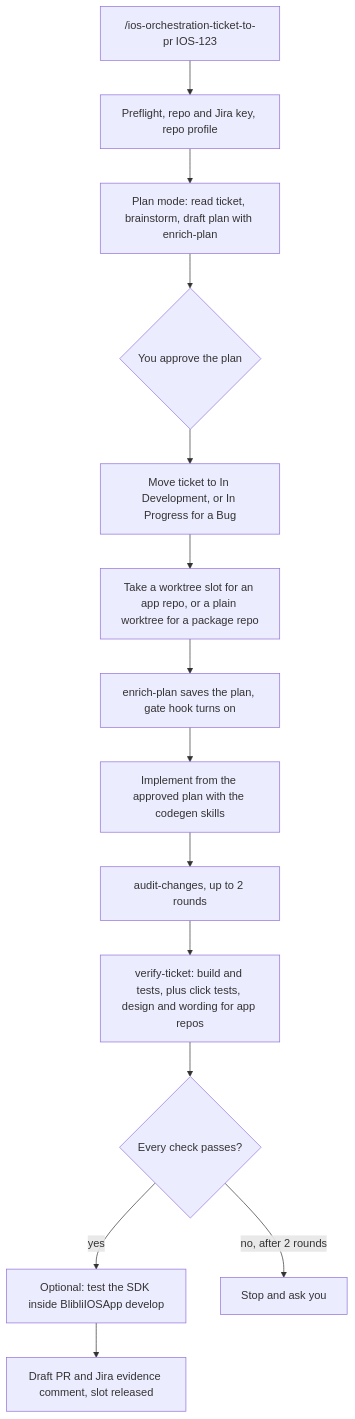
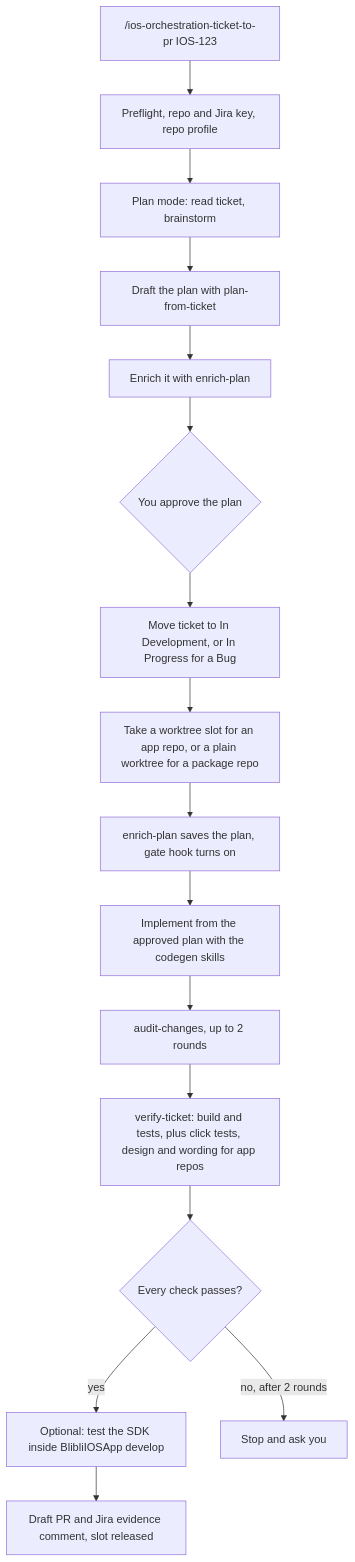
Before and after one commit to gdncomm-aditya-h/adit-mobile-orchestration: the diagram in README.md, drawn with Mermaid. The commit also changed other lines of this file and 8 other files, not shown here.

Commit message:
docs: show plan-from-ticket as the drafting step, ticket-to-pr calling its five steps, all skills Claude Code only

````diff
--- a/README.md
+++ b/README.md
@@ -70,16 +70,18 @@
 ```mermaid
 flowchart TD
     A["/ios-orchestration-ticket-to-pr IOS-123"] --> P["Preflight, repo and Jira key, repo profile"]
-    P --> B["Plan mode: read ticket, brainstorm, draft plan with enrich-plan"]
-    B --> C{"You approve the plan"}
+    P --> B["Plan mode: read ticket, brainstorm"]
+    B --> B2["Draft the plan with plan-from-ticket"]
+    B2 --> B3["Enrich it with enrich-plan"]
+    B3 --> C{"You approve the plan"}
     C --> D["Move ticket to In Development, or In Progress for a Bug"]
     D --> E["Take a worktree slot for an app repo, or a plain worktree for a package repo"]
     E --> F["enrich-plan saves the plan, gate hook turns on"]
     F --> G["Implement from the approved plan with the codegen skills"]
     G --> H["audit-changes, up to 2 rounds"]
     H --> I["verify-ticket: build and tests, plus click tests, design and wording for app repos"]
     I --> J{"Every check passes?"}
     J -- yes --> K["Optional: test the SDK inside BlibliIOSApp develop"]
     K --> L["Draft PR and Jira evidence comment, slot released"]
     J -- "no, after 2 rounds" --> M["Stop and ask you"]
 ```
````
